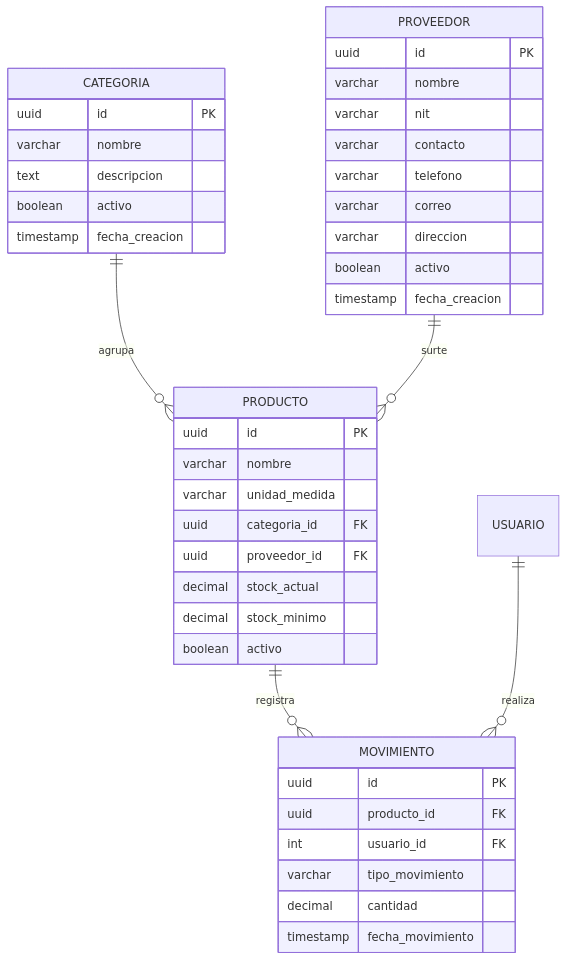
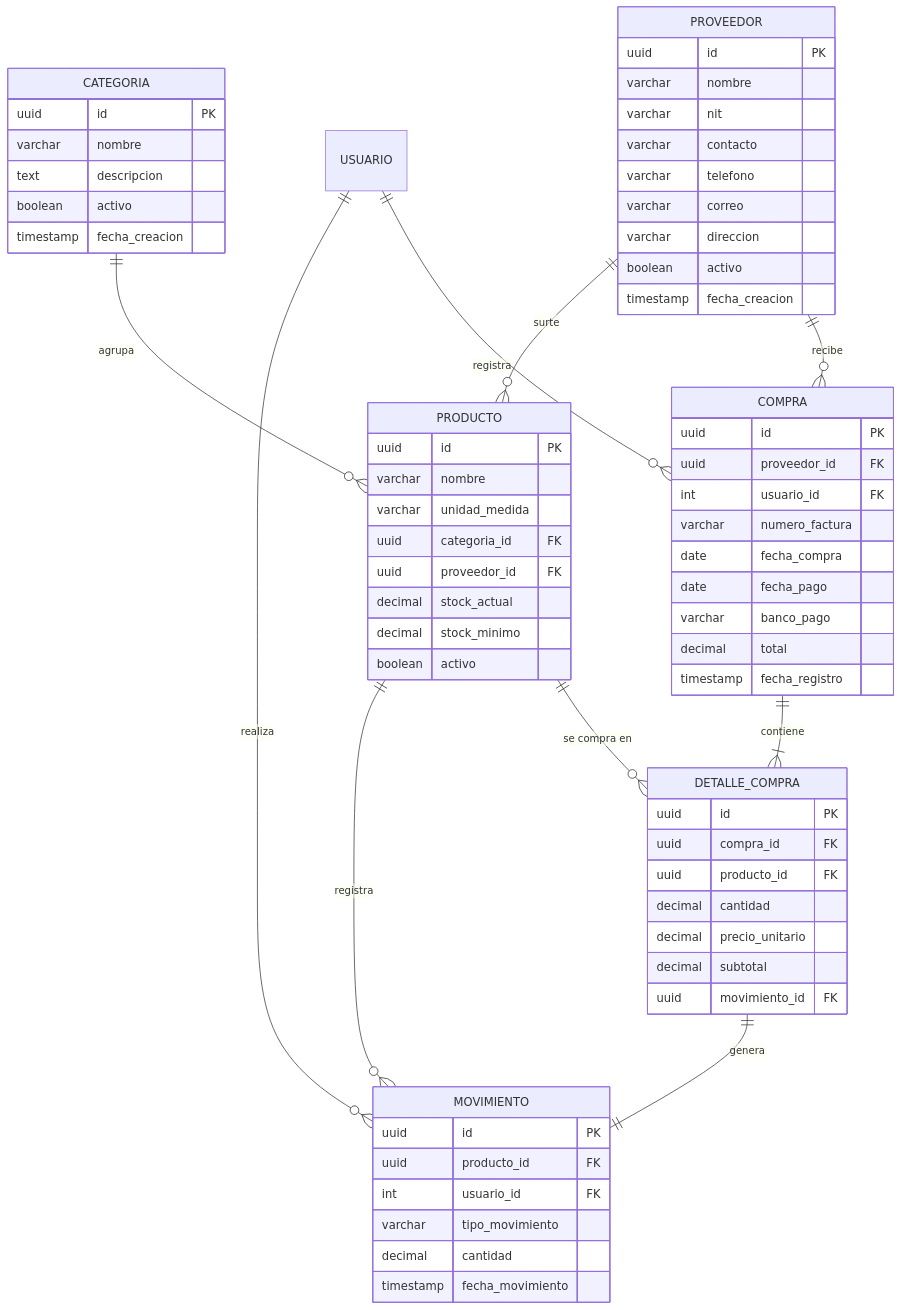
One commit to Scabezaspaz/Proyecto-Practica-Minimercado changed the diagram in database/modelo-datos.md. Above: the diagram before and after it, drawn with Mermaid. The commit also changed other lines of this file and 32 other files, not shown here.

````diff
--- a/database/modelo-datos.md
+++ b/database/modelo-datos.md
@@ -132,44 +186,69 @@
 ```mermaid
 erDiagram
     CATEGORIA ||--o{ PRODUCTO : "agrupa"
     PROVEEDOR ||--o{ PRODUCTO : "surte"
     PRODUCTO ||--o{ MOVIMIENTO : "registra"
     USUARIO ||--o{ MOVIMIENTO : "realiza"
+    PROVEEDOR ||--o{ COMPRA : "recibe"
+    USUARIO ||--o{ COMPRA : "registra"
+    COMPRA ||--|{ DETALLE_COMPRA : "contiene"
+    PRODUCTO ||--o{ DETALLE_COMPRA : "se compra en"
+    DETALLE_COMPRA ||--|| MOVIMIENTO : "genera"
 
     CATEGORIA {
         uuid id PK
         varchar nombre
         text descripcion
         boolean activo
         timestamp fecha_creacion
     }
     PROVEEDOR {
         uuid id PK
         varchar nombre
         varchar nit
         varchar contacto
         varchar telefono
         varchar correo
         varchar direccion
         boolean activo
         timestamp fecha_creacion
     }
     PRODUCTO {
         uuid id PK
         varchar nombre
         varchar unidad_medida
         uuid categoria_id FK
         uuid proveedor_id FK
         decimal stock_actual
         decimal stock_minimo
         boolean activo
     }
+    COMPRA {
+        uuid id PK
+        uuid proveedor_id FK
+        int usuario_id FK
+        varchar numero_factura
+        date fecha_compra
+        date fecha_pago
+        varchar banco_pago
+        decimal total
+        timestamp fecha_registro
+    }
+    DETALLE_COMPRA {
+        uuid id PK
+        uuid compra_id FK
+        uuid producto_id FK
+        decimal cantidad
+        decimal precio_unitario
+        decimal subtotal
+        uuid movimiento_id FK
+    }
     MOVIMIENTO {
         uuid id PK
         uuid producto_id FK
         int usuario_id FK
         varchar tipo_movimiento
         decimal cantidad
         timestamp fecha_movimiento
     }
 ```
````
